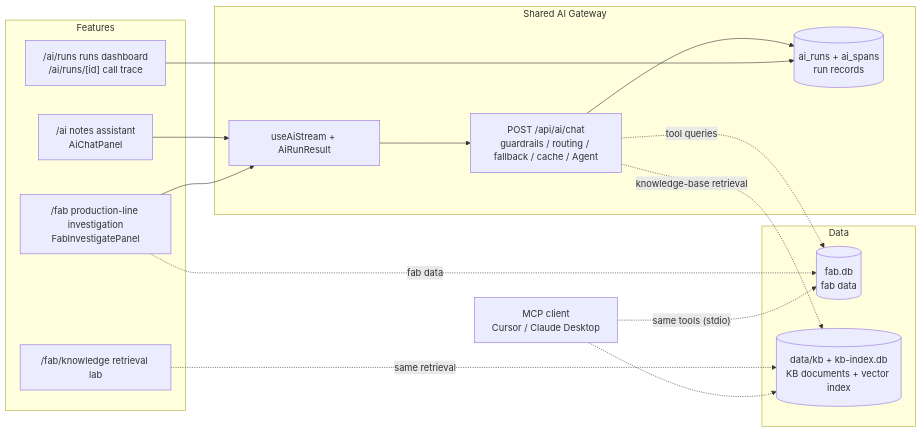
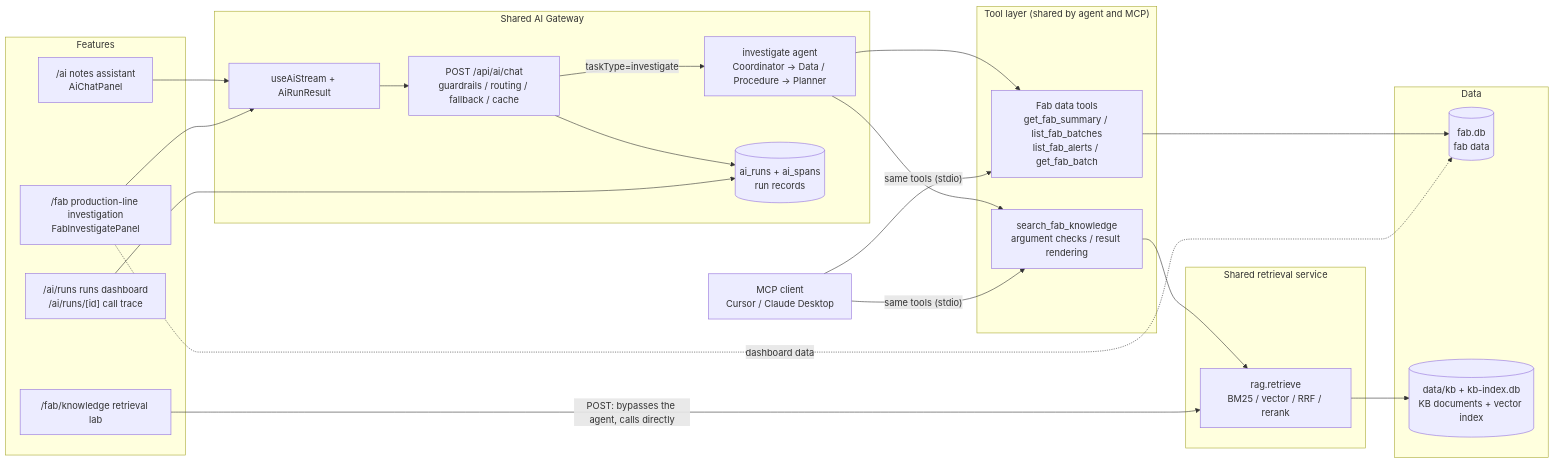
One commit to sunguchuan/star-track-demo changed the diagram in docs/en/ai-design.md. Above: the diagram before and after it, drawn with Mermaid. The commit also changed other lines of this file and 34 other files, not shown here.

````diff
--- a/docs/en/ai-design.md
+++ b/docs/en/ai-design.md
@@ -87,30 +87,42 @@
 ```mermaid
 flowchart LR
   subgraph Features["Features"]
     A["/ai notes assistant<br/>AiChatPanel"]
     B["/fab production-line investigation<br/>FabInvestigatePanel"]
     C["/ai/runs runs dashboard<br/>/ai/runs/[id] call trace"]
     K["/fab/knowledge retrieval lab"]
   end
   subgraph Gateway["Shared AI Gateway"]
     H["useAiStream + AiRunResult"]
-    G["POST /api/ai/chat<br/>guardrails / routing / fallback / cache / Agent"]
+    G["POST /api/ai/chat<br/>guardrails / routing / fallback / cache"]
+    AG["investigate agent<br/>Coordinator → Data / Procedure → Planner"]
     RUNS[("ai_runs + ai_spans<br/>run records")]
+  end
+  subgraph Tools["Tool layer (shared by agent and MCP)"]
+    FT["Fab data tools<br/>get_fab_summary / list_fab_batches<br/>list_fab_alerts / get_fab_batch"]
+    KT["search_fab_knowledge<br/>argument checks / result rendering"]
+  end
+  subgraph Retrieval["Shared retrieval service"]
+    R["rag.retrieve<br/>BM25 / vector / RRF / rerank"]
   end
   subgraph Data["Data"]
     FABDB[("fab.db<br/>fab data")]
     KBASE[("data/kb + kb-index.db<br/>KB documents + vector index")]
   end
   MCP["MCP client<br/>Cursor / Claude Desktop"]
   A --> H
   B --> H
   H --> G
+  G -->|"taskType=investigate"| AG
+  AG --> FT
+  AG --> KT
+  MCP -->|"same tools (stdio)"| FT
+  MCP -->|"same tools (stdio)"| KT
+  FT --> FABDB
+  KT --> R
+  K -->|"POST: bypasses the agent, calls directly"| R
+  R --> KBASE
   G --> RUNS
   C --> RUNS
-  B -.->|"fab data"| FABDB
-  G -.->|"tool queries"| FABDB
-  G -.->|"knowledge-base retrieval"| KBASE
-  K -.->|"same retrieval"| KBASE
-  MCP -.->|"same tools (stdio)"| FABDB
-  MCP -.-> KBASE
+  B -.->|"dashboard data"| FABDB
 ```
````
